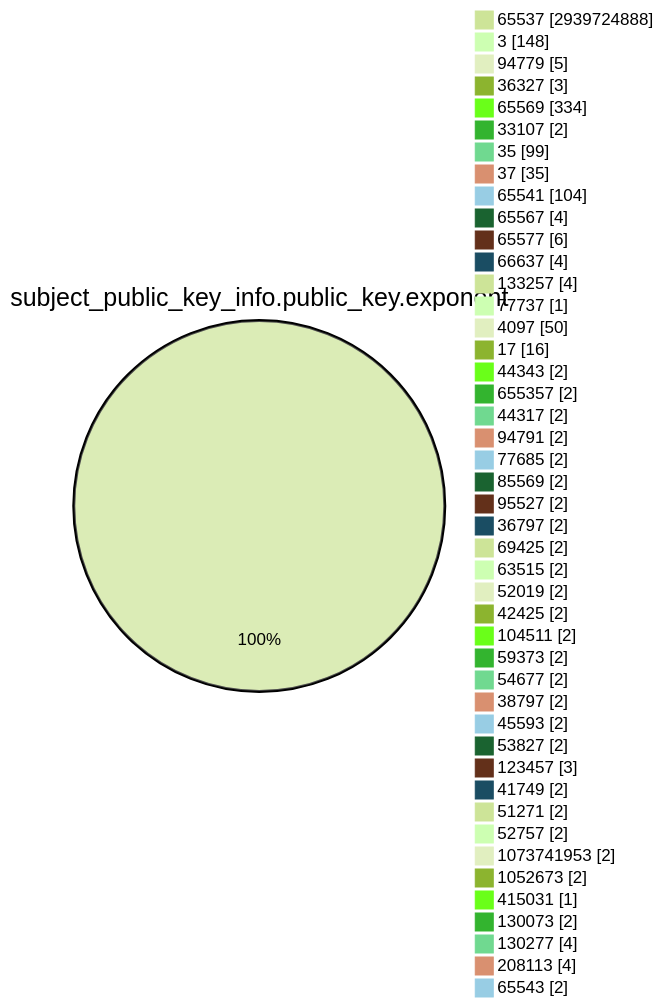
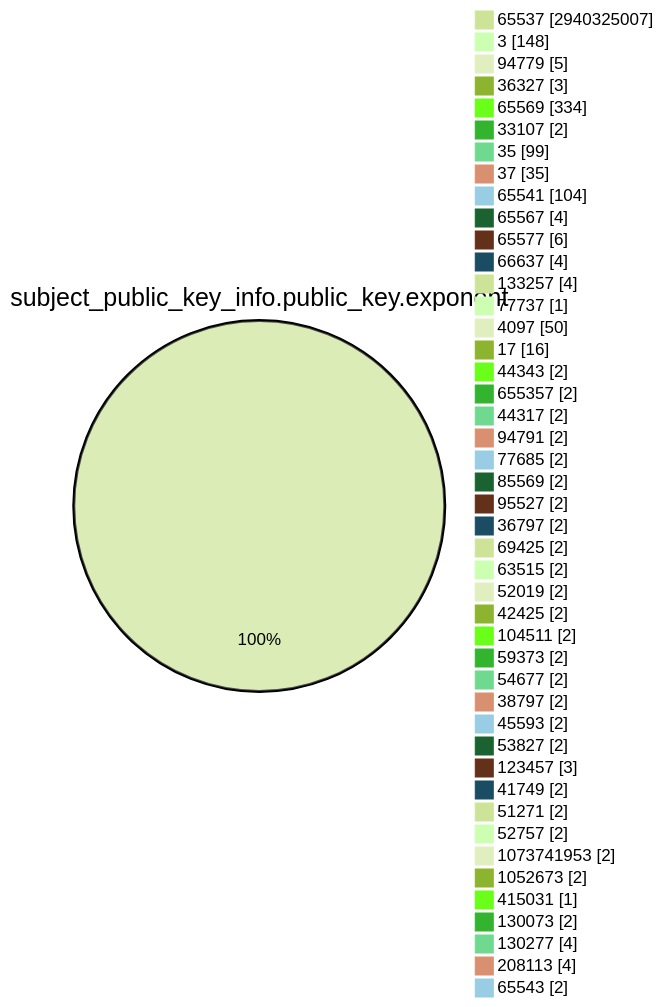
The fourth of 15 diagrams in TOTAL/README.md (christiankrug/ctmonitor_visualization), drawn with Mermaid (forest theme) before and after one commit. The commit also changed other lines of this file, not shown here.

````diff
--- a/TOTAL/README.md
+++ b/TOTAL/README.md
@@ -1471,49 +1471,49 @@
 ```mermaid
 pie showData
 title subject_public_key_info.public_key.exponent
-"65537" :2939724888
+"65537" :2940325007
 "3" :148
 "94779" :5
 "36327" :3
 "65569" :334
 "33107" :2
 "35" :99
 "37" :35
 "65541" :104
 "65567" :4
 "65577" :6
 "66637" :4
 "133257" :4
 "77737" :1
 "4097" :50
 "17" :16
 "44343" :2
 "655357" :2
 "44317" :2
 "94791" :2
 "77685" :2
 "85569" :2
 "95527" :2
 "36797" :2
 "69425" :2
 "63515" :2
 "52019" :2
 "42425" :2
 "104511" :2
 "59373" :2
 "54677" :2
 "38797" :2
 "45593" :2
 "53827" :2
 "123457" :3
 "41749" :2
 "51271" :2
 "52757" :2
 "1073741953" :2
 "1052673" :2
 "415031" :1
 "130073" :2
 "130277" :4
 "208113" :4
 "65543" :2
 ```
````
